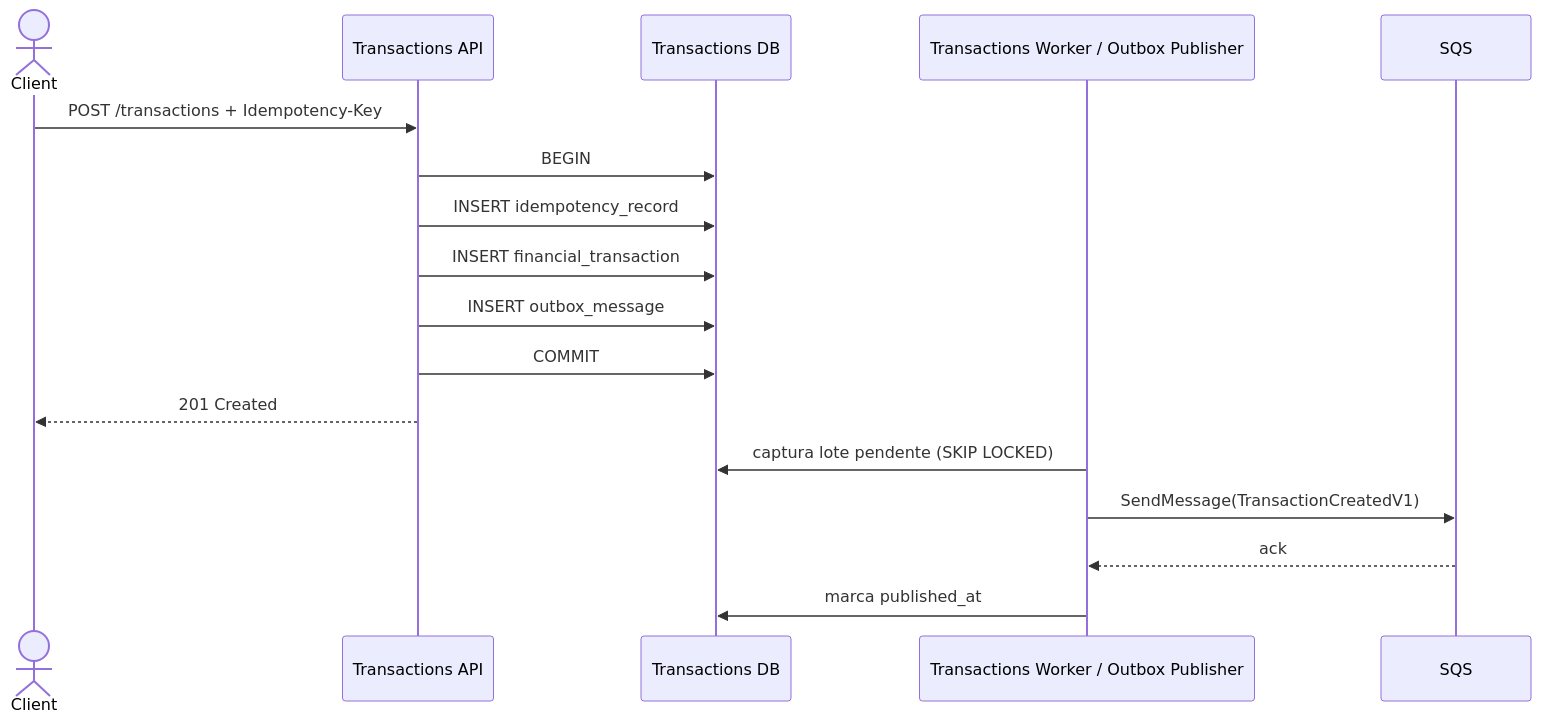
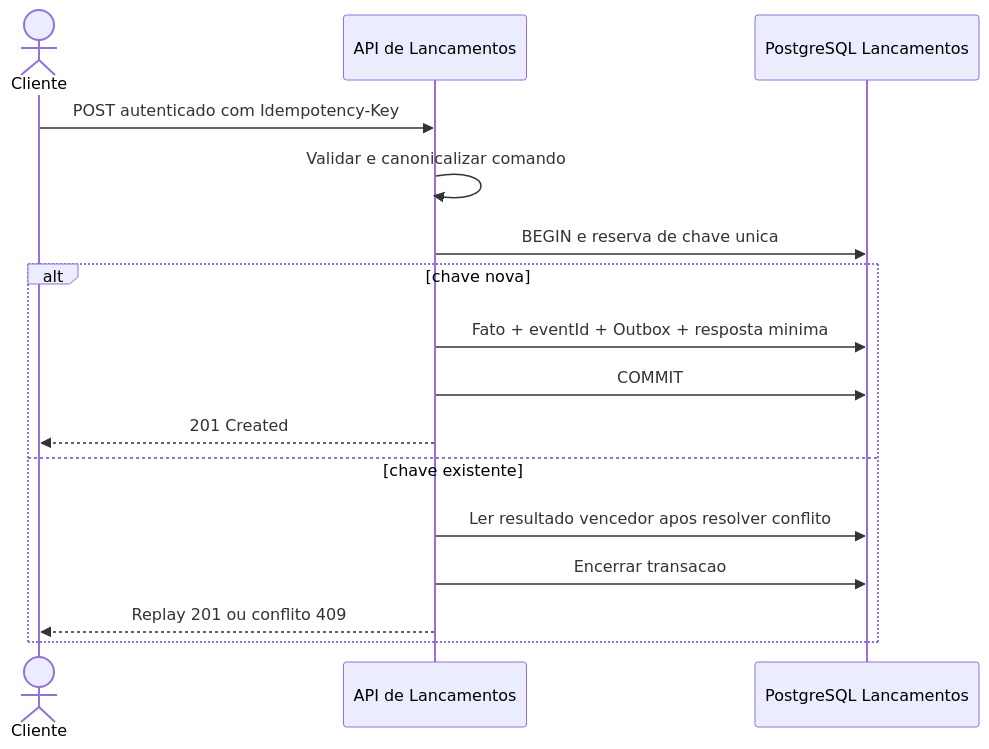
Before and after one commit to ThiagoFerraciolli/cash-flow-architecture: the first of 4 diagrams in docs/04-visoes/visoes-dinamicas.md, drawn with Mermaid. The commit also changed other lines of this file and 37 other files, not shown here.

````diff
--- a/docs/04-visoes/visoes-dinamicas.md
+++ b/docs/04-visoes/visoes-dinamicas.md
@@ -7,20 +7,18 @@
 ```mermaid
 sequenceDiagram
-    actor Client
-    participant T as Transactions API
-    participant DB as Transactions DB
-    participant O as Transactions Worker / Outbox Publisher
-    participant Q as SQS
-
-    Client->>T: POST /transactions + Idempotency-Key
-    T->>DB: BEGIN
-    T->>DB: INSERT idempotency_record
-    T->>DB: INSERT financial_transaction
-    T->>DB: INSERT outbox_message
-    T->>DB: COMMIT
-    T-->>Client: 201 Created
-    O->>DB: captura lote pendente (SKIP LOCKED)
-    O->>Q: SendMessage(TransactionCreatedV1)
-    Q-->>O: ack
-    O->>DB: marca published_at
+    actor U as Cliente
+    participant A as API de Lancamentos
+    participant D as PostgreSQL Lancamentos
+    U->>A: POST autenticado com Idempotency-Key
+    A->>A: Validar e canonicalizar comando
+    A->>D: BEGIN e reserva de chave unica
+    alt chave nova
+        A->>D: Fato + eventId + Outbox + resposta minima
+        A->>D: COMMIT
+        A-->>U: 201 Created
+    else chave existente
+        A->>D: Ler resultado vencedor apos resolver conflito
+        A->>D: Encerrar transacao
+        A-->>U: Replay 201 ou conflito 409
+    end
 ```
````
